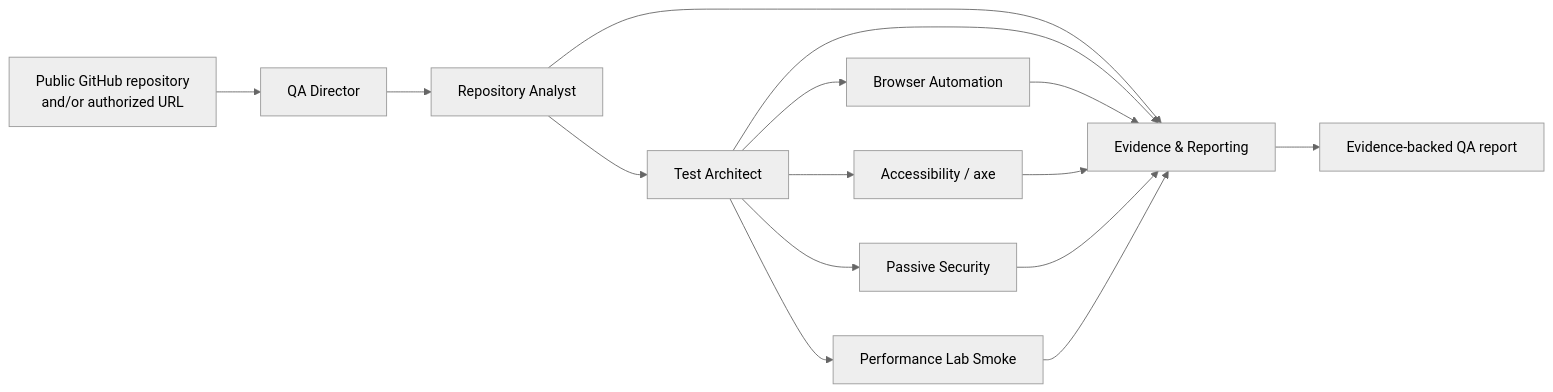
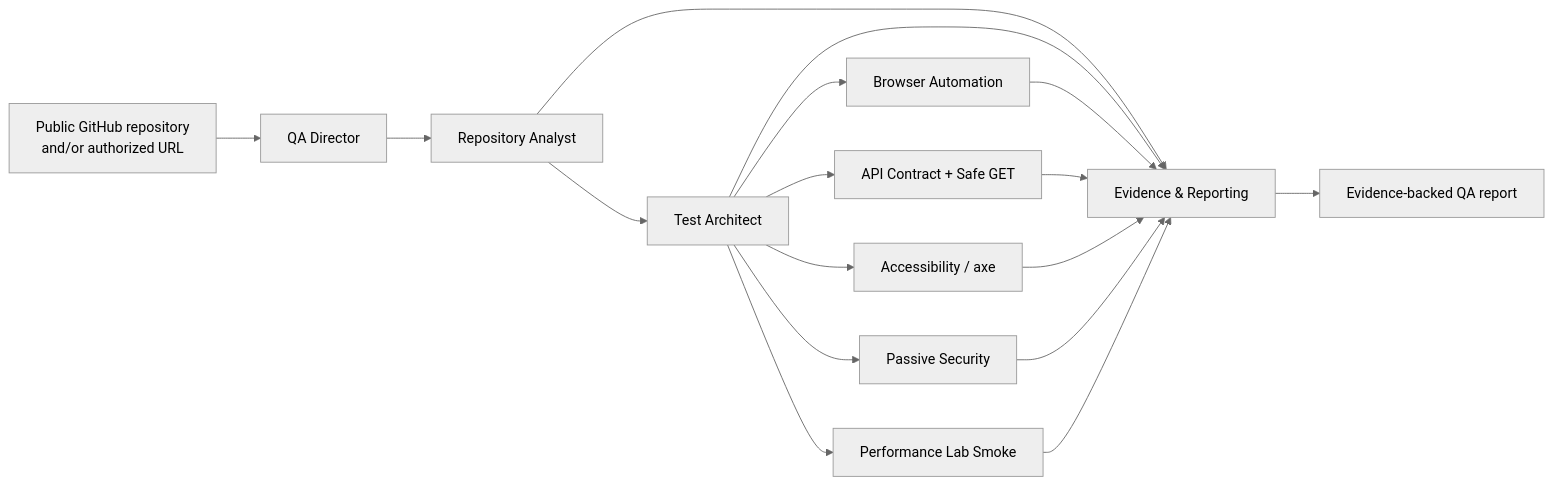
Before and after one commit to julzburz/swarm-ai-qa: the diagram in README.md, drawn with Mermaid (neutral theme). The commit also changed other lines of this file and 29 other files, not shown here.

Commit message:
feat: add safe API contract test agent

````diff
--- a/README.md
+++ b/README.md
@@ -29,17 +31,19 @@
 ```mermaid
 flowchart LR
     U["Public GitHub repository<br/>and/or authorized URL"] --> D["QA Director"]
     D --> R["Repository Analyst"]
     R --> T["Test Architect"]
     T --> B["Browser Automation"]
+    T --> I["API Contract + Safe GET"]
     T --> A["Accessibility / axe"]
     T --> S["Passive Security"]
     T --> P["Performance Lab Smoke"]
     R --> E["Evidence & Reporting"]
     T --> E
     B --> E
+    I --> E
     A --> E
     S --> E
     P --> E
     E --> Q["Evidence-backed QA report"]
 ```
````
